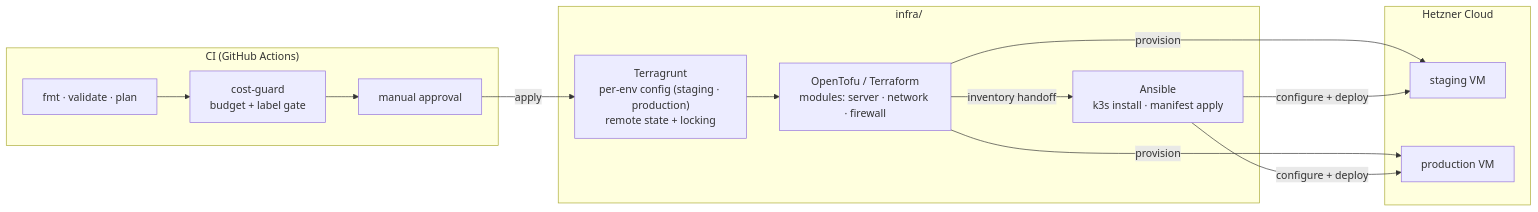
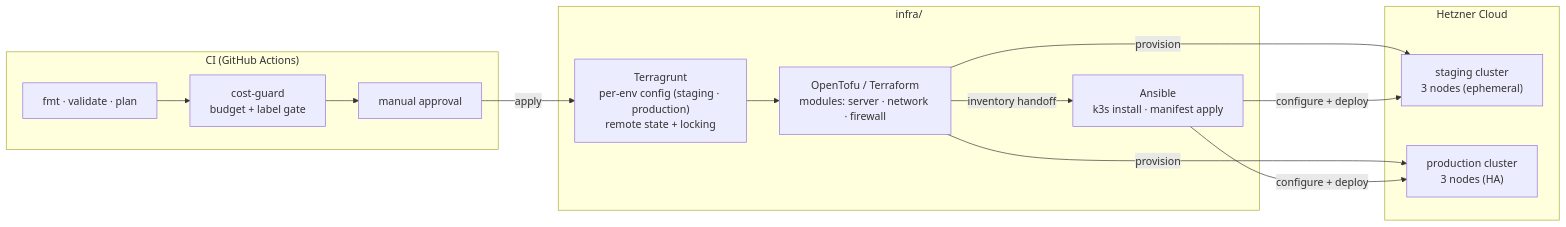
Before and after one commit to marco-montesines/maagaparuga: the second of 4 diagrams in README.md, drawn with Mermaid. The commit also changed other lines of this file and 16 other files, not shown here.

````diff
--- a/README.md
+++ b/README.md
@@ -315,26 +335,26 @@
 ```mermaid
 flowchart LR
     subgraph iac["infra/"]
         tg["Terragrunt<br/>per-env config (staging · production)<br/>remote state + locking"]
         tofu["OpenTofu / Terraform<br/>modules: server · network · firewall"]
         ansible["Ansible<br/>k3s install · manifest apply"]
     end
 
     subgraph ci["CI (GitHub Actions)"]
         validate["fmt · validate · plan"]
         guard["cost-guard<br/>budget + label gate"]
         approval["manual approval"]
     end
 
     subgraph hetzner["Hetzner Cloud"]
-        stg["staging VM"]
-        prd["production VM"]
+        stg["staging cluster<br/>3 nodes (ephemeral)"]
+        prd["production cluster<br/>3 nodes (HA)"]
     end
 
     validate --> guard --> approval
     approval -- "apply" --> tg
     tg --> tofu
     tofu -- "provision" --> stg & prd
     tofu -- "inventory handoff" --> ansible
     ansible -- "configure + deploy" --> stg & prd
 ```
````
